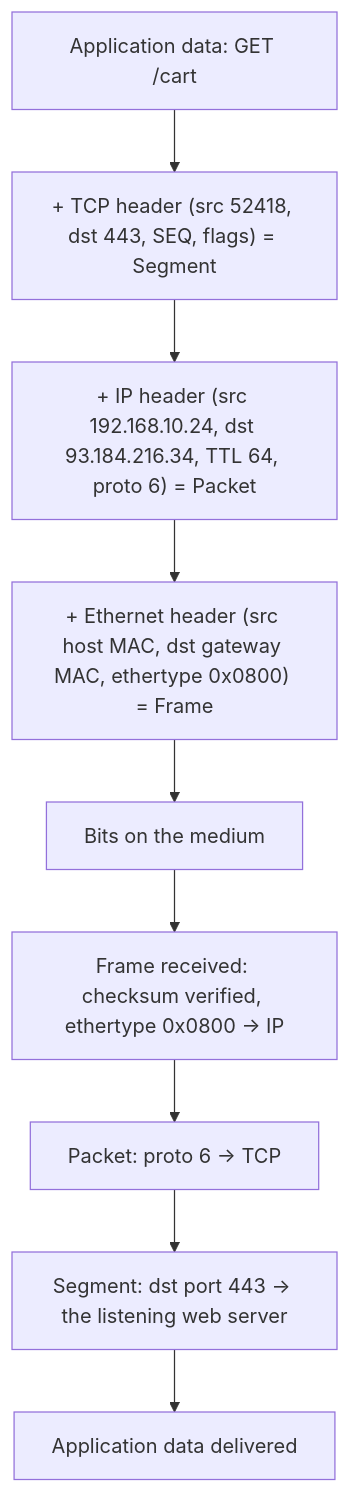
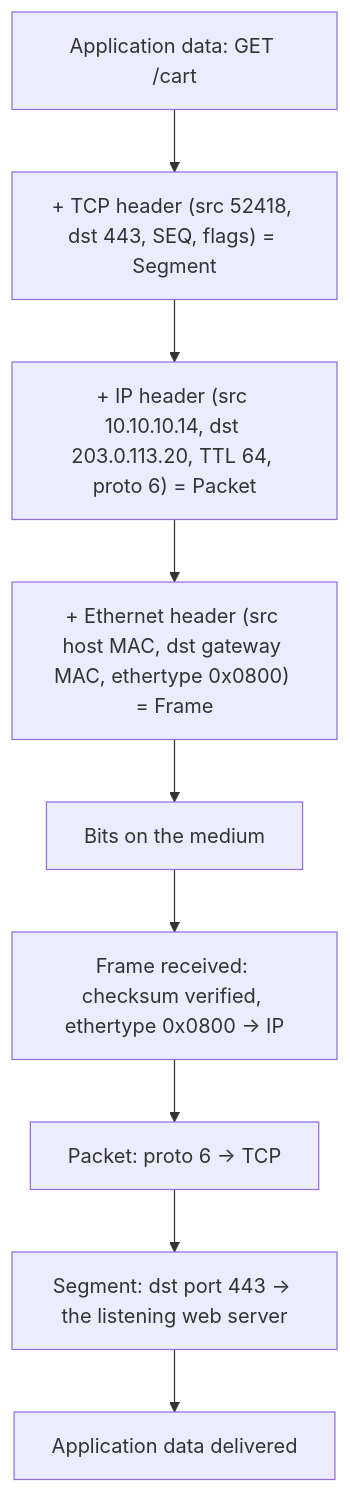
One commit to nnr-root/cybersec-crook2root-notes changed the diagram in Networking/Network Foundations/Encapsulation & Protocol Data Units.md. Above: the diagram before and after it, drawn with Mermaid. The commit also changed other lines of this file and 5 other files, not shown here.

````diff
--- a/Networking/Network Foundations/Encapsulation & Protocol Data Units.md
+++ b/Networking/Network Foundations/Encapsulation & Protocol Data Units.md
@@ -50,12 +50,12 @@
 ```mermaid
 flowchart TB
     D["Application data: GET /cart"]
     D --> S["+ TCP header (src 52418, dst 443, SEQ, flags) = Segment"]
-    S --> P["+ IP header (src 192.168.10.24, dst 93.184.216.34, TTL 64, proto 6) = Packet"]
+    S --> P["+ IP header (src 10.10.10.14, dst 203.0.113.20, TTL 64, proto 6) = Packet"]
     P --> F["+ Ethernet header (src host MAC, dst gateway MAC, ethertype 0x0800) = Frame"]
     F --> B["Bits on the medium"]
     B --> F2["Frame received: checksum verified, ethertype 0x0800 -> IP"]
     F2 --> P2["Packet: proto 6 -> TCP"]
     P2 --> S2["Segment: dst port 443 -> the listening web server"]
     S2 --> D2["Application data delivered"]
 ```
````
